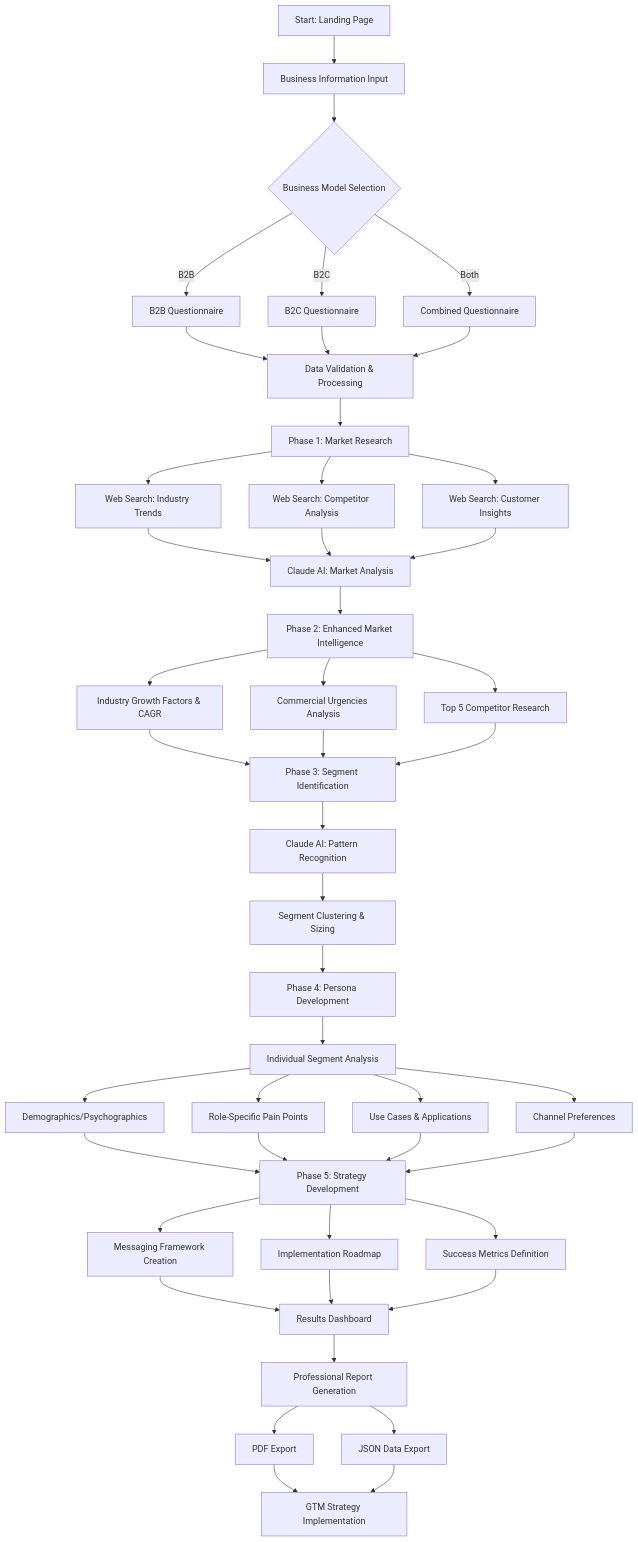
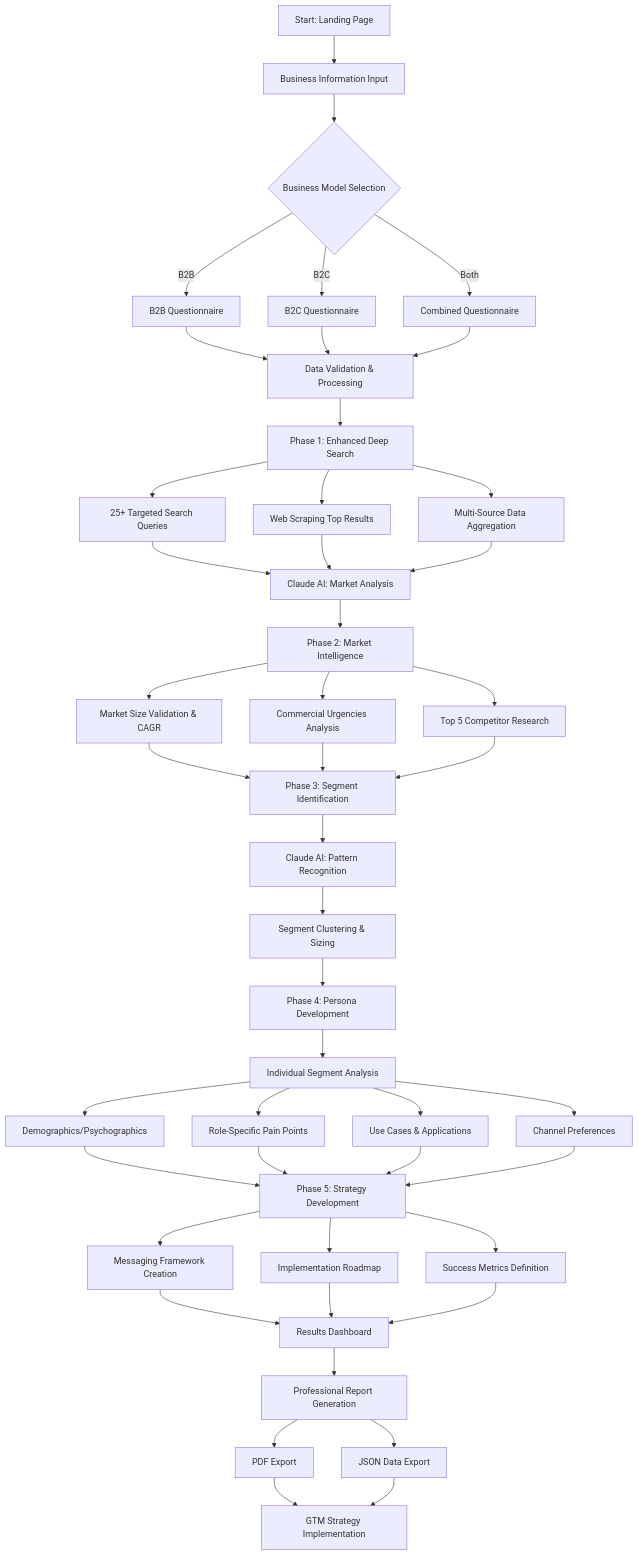
Before and after one commit to bassalat/ai-market-segmentation-app: the diagram in AI_Market_Segmentation_Process.md, drawn with Mermaid. The commit also changed other lines of this file and 2 other files, not shown here.

````diff
--- a/AI_Market_Segmentation_Process.md
+++ b/AI_Market_Segmentation_Process.md
@@ -20,60 +20,60 @@
 ```mermaid
 flowchart TD
     A[Start: Landing Page] --> B[Business Information Input]
     B --> C{Business Model Selection}
     
     C -->|B2B| D[B2B Questionnaire]
     C -->|B2C| E[B2C Questionnaire]
     C -->|Both| F[Combined Questionnaire]
     
     D --> G[Data Validation & Processing]
     E --> G
     F --> G
     
-    G --> H[Phase 1: Market Research]
-    H --> I[Web Search: Industry Trends]
-    H --> J[Web Search: Competitor Analysis]
-    H --> K[Web Search: Customer Insights]
+    G --> H[Phase 1: Enhanced Deep Search]
+    H --> I[25+ Targeted Search Queries]
+    H --> J[Web Scraping Top Results]
+    H --> K[Multi-Source Data Aggregation]
     
     I --> L[Claude AI: Market Analysis]
     J --> L
     K --> L
     
-    L --> M[Phase 2: Enhanced Market Intelligence]
-    M --> N[Industry Growth Factors & CAGR]
+    L --> M[Phase 2: Market Intelligence]
+    M --> N[Market Size Validation & CAGR]
     M --> O[Commercial Urgencies Analysis]
     M --> P[Top 5 Competitor Research]
     
     N --> Q[Phase 3: Segment Identification]
     O --> Q
     P --> Q
     Q --> R[Claude AI: Pattern Recognition]
     R --> S[Segment Clustering & Sizing]
     
     S --> T[Phase 4: Persona Development]
     T --> U[Individual Segment Analysis]
     U --> V[Demographics/Psychographics]
     U --> W[Role-Specific Pain Points]
     U --> X[Use Cases & Applications]
     U --> Y[Channel Preferences]
     
     V --> Z[Phase 5: Strategy Development]
     W --> Z
     X --> Z
     Y --> Z
     
     Z --> AA[Messaging Framework Creation]
     Z --> BB[Implementation Roadmap]
     Z --> CC[Success Metrics Definition]
     
     AA --> DD[Results Dashboard]
     BB --> DD
     CC --> DD
     
     DD --> EE[Professional Report Generation]
     EE --> FF[PDF Export]
     EE --> GG[JSON Data Export]
     
     FF --> HH[GTM Strategy Implementation]
     GG --> HH
 ```
````
